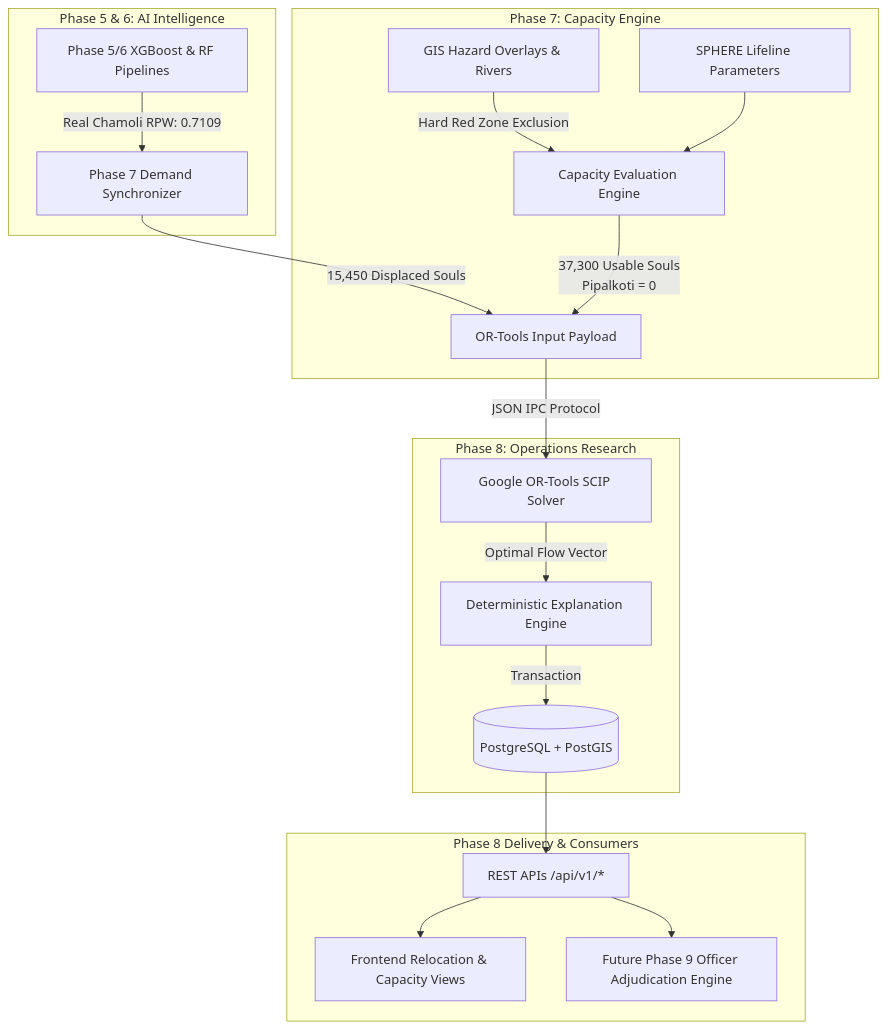
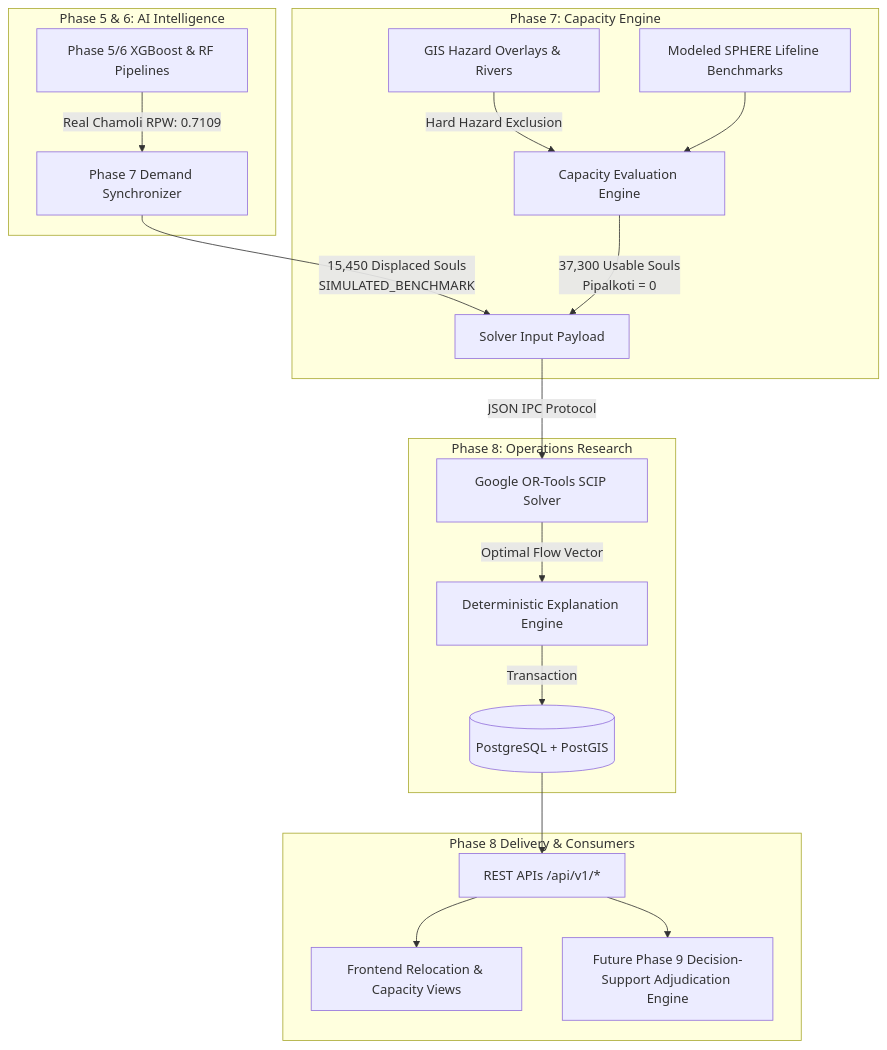
The diagram in PHASE7_8_DATA_CONTRACT.md (Animesh26526/visthaapan-portal), drawn with Mermaid before and after one commit. The commit also changed other lines of this file and 6 other files, not shown here.

````diff
--- a/PHASE7_8_DATA_CONTRACT.md
+++ b/PHASE7_8_DATA_CONTRACT.md
@@ -14,25 +17,25 @@
 ```mermaid
 flowchart TD
     subgraph Phase 5 & 6: AI Intelligence
         AI[Phase 5/6 XGBoost & RF Pipelines] -->|Real Chamoli RPW: 0.7109| DN[Phase 7 Demand Synchronizer]
     end
 
     subgraph Phase 7: Capacity Engine
-        GIS[GIS Hazard Overlays & Rivers] -->|Hard Red Zone Exclusion| CE[Capacity Evaluation Engine]
-        SPHERE[SPHERE Lifeline Parameters] --> CE
-        DN -->|15,450 Displaced Souls| IP[OR-Tools Input Payload]
+        GIS[GIS Hazard Overlays & Rivers] -->|Hard Hazard Exclusion| CE[Capacity Evaluation Engine]
+        SPHERE[Modeled SPHERE Lifeline Benchmarks] --> CE
+        DN -->|15,450 Displaced Souls<br/>SIMULATED_BENCHMARK| IP[Solver Input Payload]
         CE -->|37,300 Usable Souls<br/>Pipalkoti = 0| IP
     end
 
     subgraph Phase 8: Operations Research
         IP -->|JSON IPC Protocol| OR[Google OR-Tools SCIP Solver]
         OR -->|Optimal Flow Vector| EX[Deterministic Explanation Engine]
         EX -->|Transaction| PG[(PostgreSQL + PostGIS)]
     end
 
     subgraph Phase 8 Delivery & Consumers
         PG --> API[REST APIs /api/v1/*]
         API --> UI[Frontend Relocation & Capacity Views]
-        API --> P9[Future Phase 9 Officer Adjudication Engine]
+        API --> P9[Future Phase 9 Decision-Support Adjudication Engine]
     end
 ```
````
